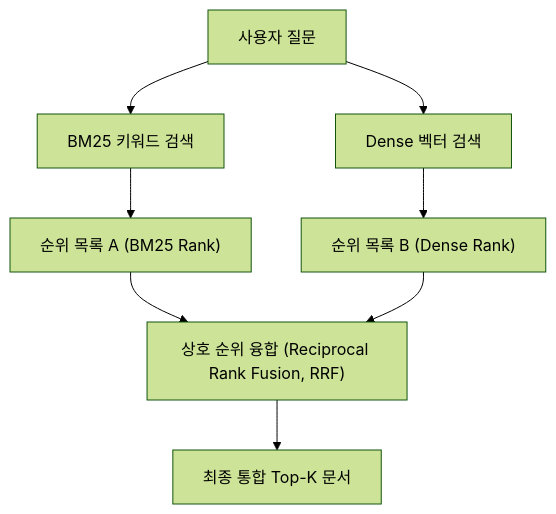
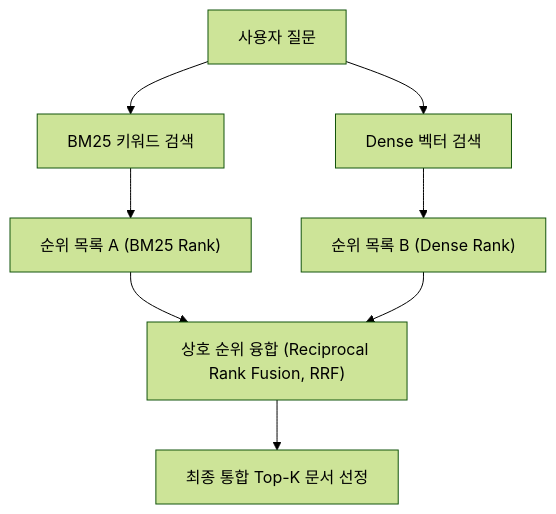
The third of 3 diagrams in chapter-qa/ch06-rag-and-agents-qa/01-rag-architecture-and-retrieval-algorithms.md (sing-u8/AI-Engineering), drawn with Mermaid (forest theme) before and after one commit. The commit also changed other lines of this file and 25 other files, not shown here.

````diff
--- a/chapter-qa/ch06-rag-and-agents-qa/01-rag-architecture-and-retrieval-algorithms.md
+++ b/chapter-qa/ch06-rag-and-agents-qa/01-rag-architecture-and-retrieval-algorithms.md
@@ -135,8 +137,8 @@
 ```mermaid
 flowchart TD
     Query["사용자 질문"] --> BM25["BM25 키워드 검색"] & Dense["Dense 벡터 검색"]
     BM25 --> RankA["순위 목록 A (BM25 Rank)"]
     Dense --> RankB["순위 목록 B (Dense Rank)"]
     RankA & RankB --> RRF["상호 순위 융합 (Reciprocal Rank Fusion, RRF)"]
-    RRF --> Final["최종 통합 Top-K 문서"]
+    RRF --> Final["최종 통합 Top-K 문서 선정"]
 ```
````
